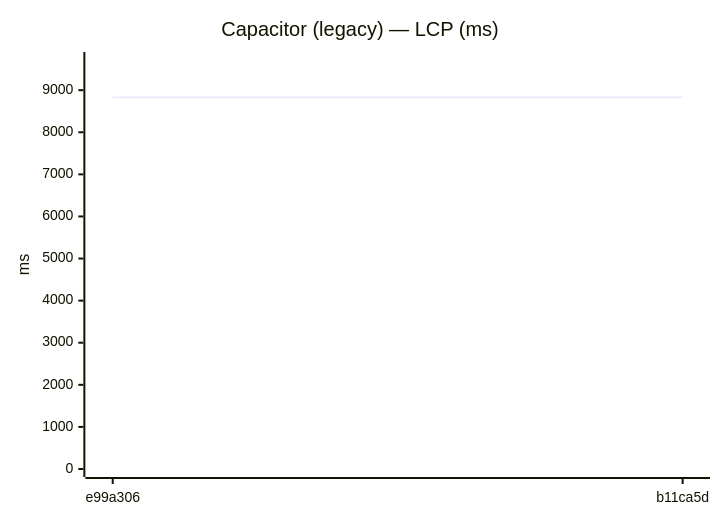
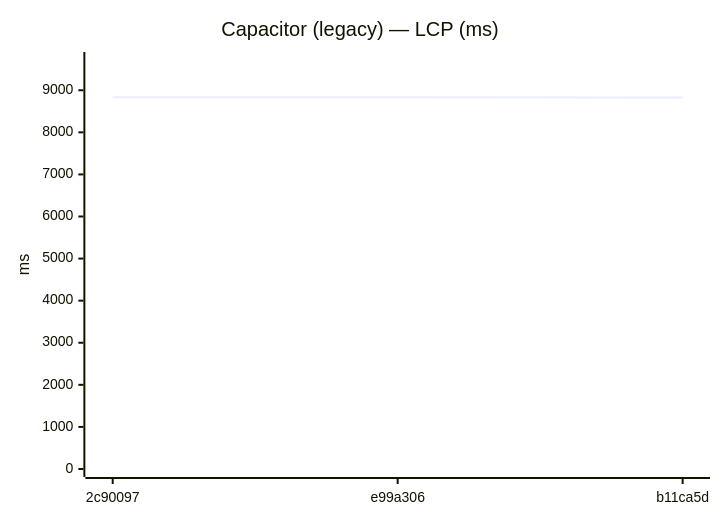
The fifth of 24 diagrams in Benchmarks/compare.md (Metaheurist/Rianell), drawn with Mermaid before and after one commit. The commit also changed other lines of this file and 12 other files, not shown here.

````diff
--- a/Benchmarks/compare.md
+++ b/Benchmarks/compare.md
@@ -60,7 +63,7 @@
 ```mermaid
 xychart-beta
     title "Capacitor (legacy) — LCP (ms)"
-    x-axis ["e99a306", "b11ca5d"]
-    y-axis "ms" 0 --> 9717
-    line [8833, 8830]
+    x-axis ["2c90097", "e99a306", "b11ca5d"]
+    y-axis "ms" 0 --> 9719
+    line [8835, 8833, 8830]
 ```
````
